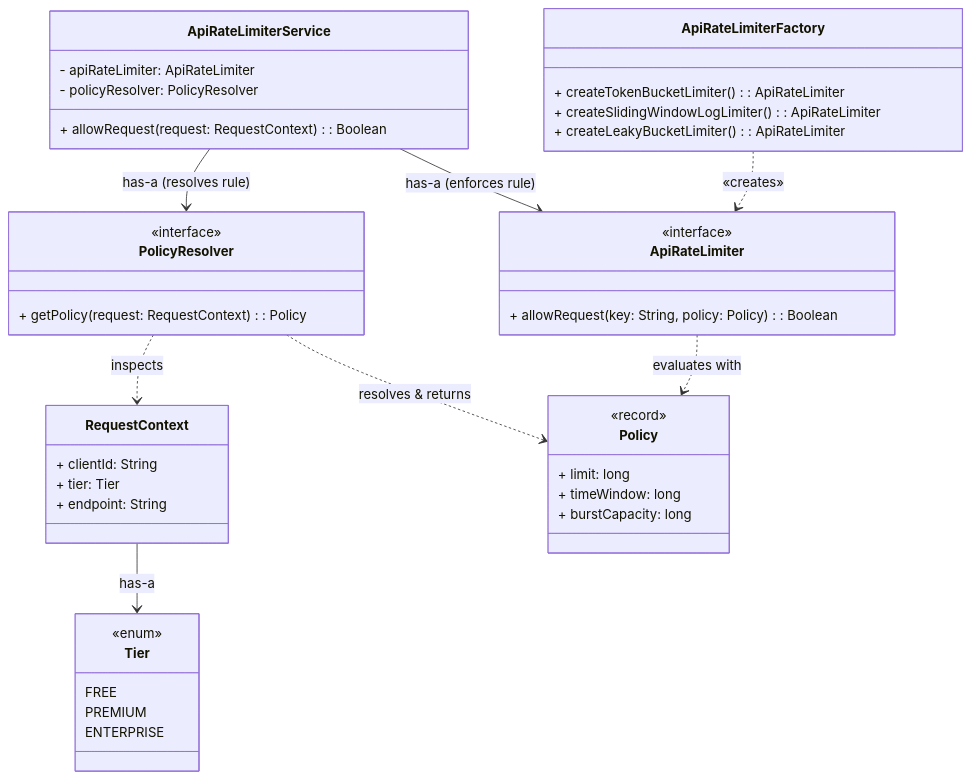
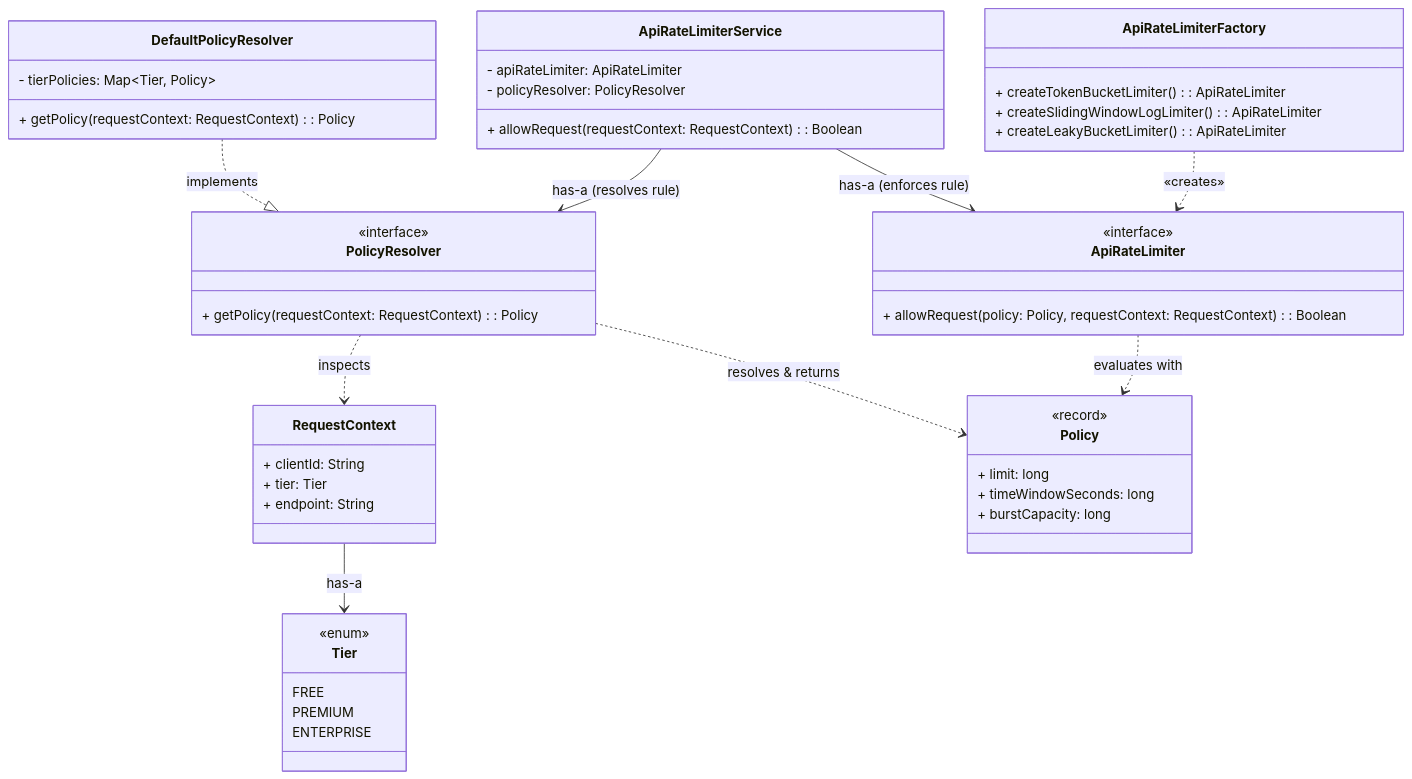
Before and after one commit to JyotimoyKashyap/system-design-labs: the second of 5 diagrams in api-rate-limiter/api-rate-limiter-lld/README.md, drawn with Mermaid. The commit also changed other lines of this file and 6 other files, not shown here.

````diff
--- a/api-rate-limiter/api-rate-limiter-lld/README.md
+++ b/api-rate-limiter/api-rate-limiter-lld/README.md
@@ -257,54 +270,60 @@
 ```mermaid
 classDiagram
     direction TB
 
     class RequestContext {
         + clientId: String
         + tier: Tier
         + endpoint: String
     }
 
     class Tier {
         <<enum>>
         FREE
         PREMIUM
         ENTERPRISE
     }
 
     class Policy {
         <<record>>
         + limit: long
-        + timeWindow: long
+        + timeWindowSeconds: long
         + burstCapacity: long
     }
 
     class PolicyResolver {
         <<interface>>
-        + getPolicy(request: RequestContext): Policy
+        + getPolicy(requestContext: RequestContext): Policy
+    }
+
+    class DefaultPolicyResolver {
+        - tierPolicies: Map~Tier, Policy~
+        + getPolicy(requestContext: RequestContext): Policy
     }
 
     class ApiRateLimiterService {
         - apiRateLimiter: ApiRateLimiter
         - policyResolver: PolicyResolver
-        + allowRequest(request: RequestContext): Boolean
+        + allowRequest(requestContext: RequestContext): Boolean
     }
 
     class ApiRateLimiter {
         <<interface>>
-        + allowRequest(key: String, policy: Policy): Boolean
+        + allowRequest(policy: Policy, requestContext: RequestContext): Boolean
     }
 
     class ApiRateLimiterFactory {
         + createTokenBucketLimiter(): ApiRateLimiter
         + createSlidingWindowLogLimiter(): ApiRateLimiter
         + createLeakyBucketLimiter(): ApiRateLimiter
     }
 
     RequestContext --> Tier : has-a
+    DefaultPolicyResolver ..|> PolicyResolver : implements
     PolicyResolver ..> RequestContext : inspects
     PolicyResolver ..> Policy : resolves & returns
     ApiRateLimiterService --> PolicyResolver : has-a (resolves rule)
     ApiRateLimiterService --> ApiRateLimiter : has-a (enforces rule)
     ApiRateLimiterFactory ..> ApiRateLimiter : «creates»
     ApiRateLimiter ..> Policy : evaluates with
 ```
````
